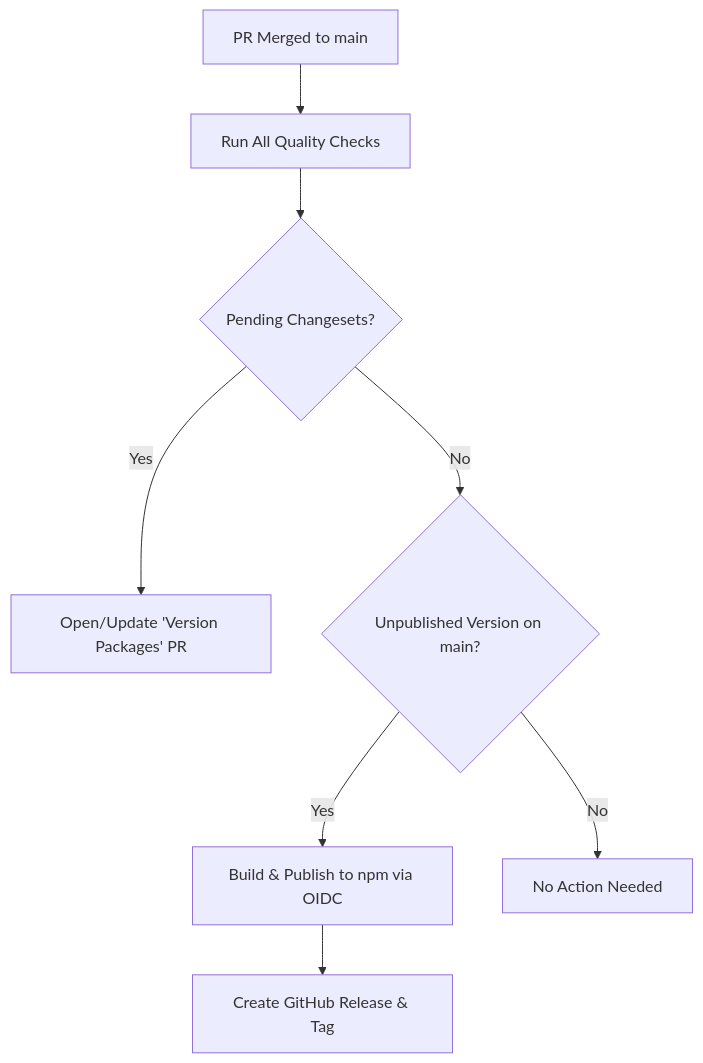
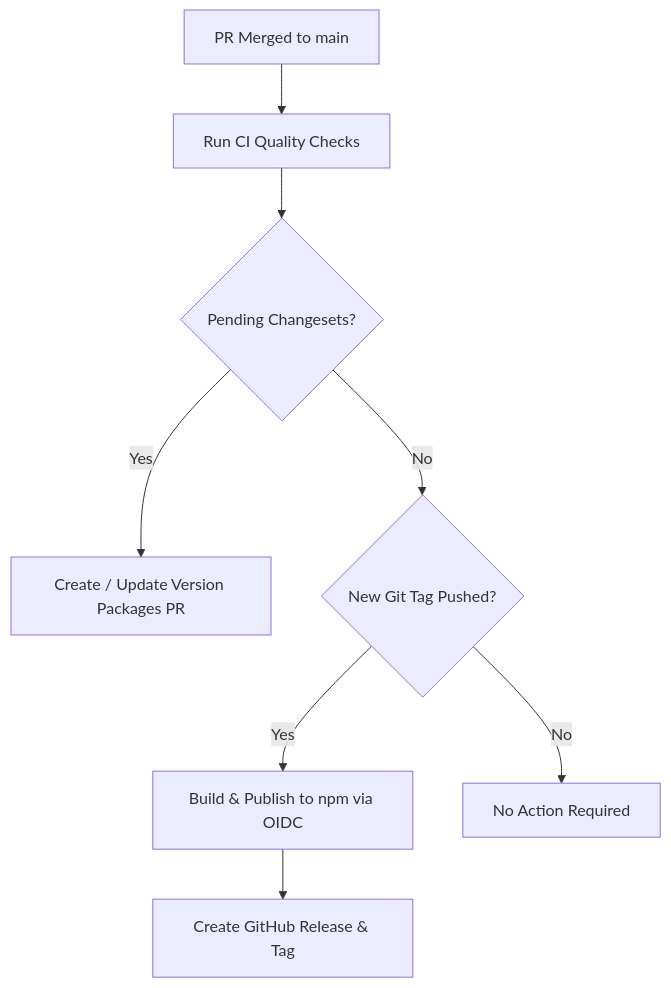
Before and after one commit to r4ai/laya-web: the diagram in docs/development.md, drawn with Mermaid. The commit also changed other lines of this file and 3 other files, not shown here.

Commit message:
docs: overhaul documentation with concise technical English and verified diagrams

````diff
--- a/docs/development.md
+++ b/docs/development.md
@@ -184,12 +175,12 @@
 ```mermaid
 flowchart TD
-    Merge[PR Merged to main] --> RunChecks[Run All Quality Checks]
-    RunChecks --> CheckChangesets{Pending Changesets?}
+    Merge["PR Merged to main"] --> CI["Run CI Quality Checks"]
+    CI --> Check{"Pending Changesets?"}
 
-    CheckChangesets -- Yes --> OpenPR[Open/Update 'Version Packages' PR]
-    CheckChangesets -- No --> CheckUnpublished{Unpublished Version on main?}
+    Check -- Yes --> VersionPR["Create / Update Version Packages PR"]
+    Check -- No --> CheckTag{"New Git Tag Pushed?"}
 
-    CheckUnpublished -- Yes --> Publish[Build & Publish to npm via OIDC]
-    Publish --> CreateTag[Create GitHub Release & Tag]
-    CheckUnpublished -- No --> Done[No Action Needed]
+    CheckTag -- Yes --> Publish["Build & Publish to npm via OIDC"]
+    Publish --> Release["Create GitHub Release & Tag"]
+    CheckTag -- No --> Done["No Action Required"]
 ```
````
